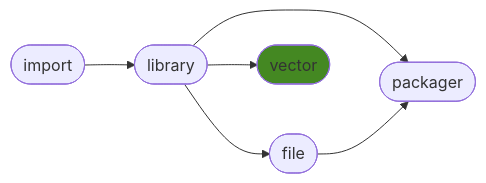
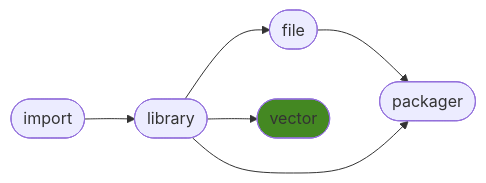
One commit to ManderaGeneral/generalvector changed the diagram in README.md. Above: the diagram before and after it, drawn with Mermaid. The commit also changed other lines of this file and 1 other file, not shown here.

````diff
--- a/README.md
+++ b/README.md
@@ -16,14 +16,14 @@
 ```mermaid
 flowchart LR
-1([library]) --> 3([vector])
+2([file]) --> 4([packager])
 1([library]) --> 4([packager])
 0([import]) --> 1([library])
 1([library]) --> 2([file])
-2([file]) --> 4([packager])
+1([library]) --> 3([vector])
 click 0 "https://github.com/ManderaGeneral/generalimport"
 click 1 "https://github.com/ManderaGeneral/generallibrary"
 click 2 "https://github.com/ManderaGeneral/generalfile"
 click 3 "https://github.com/ManderaGeneral/generalvector"
 click 4 "https://github.com/ManderaGeneral/generalpackager"
 style 3 fill:#482
 ```
````
